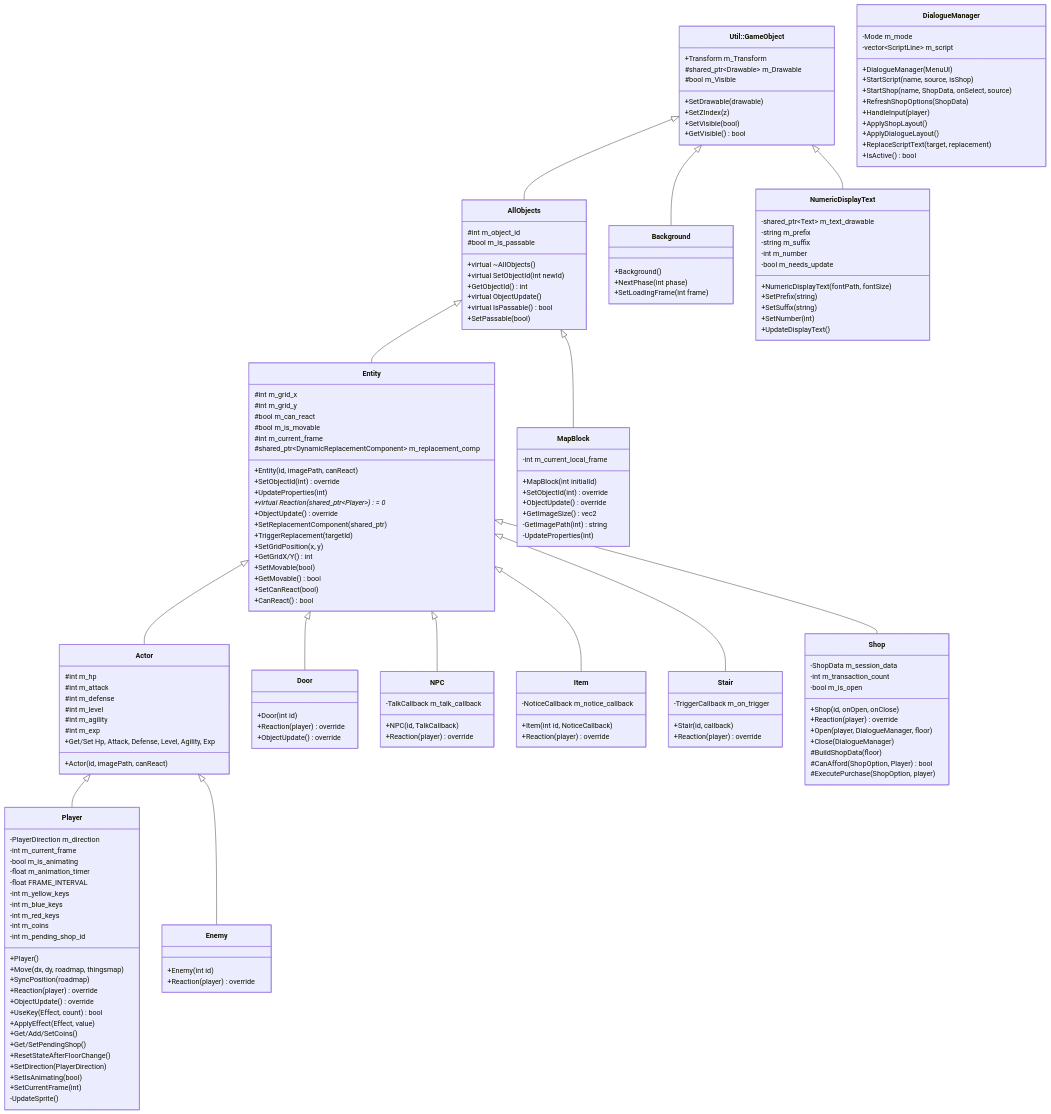
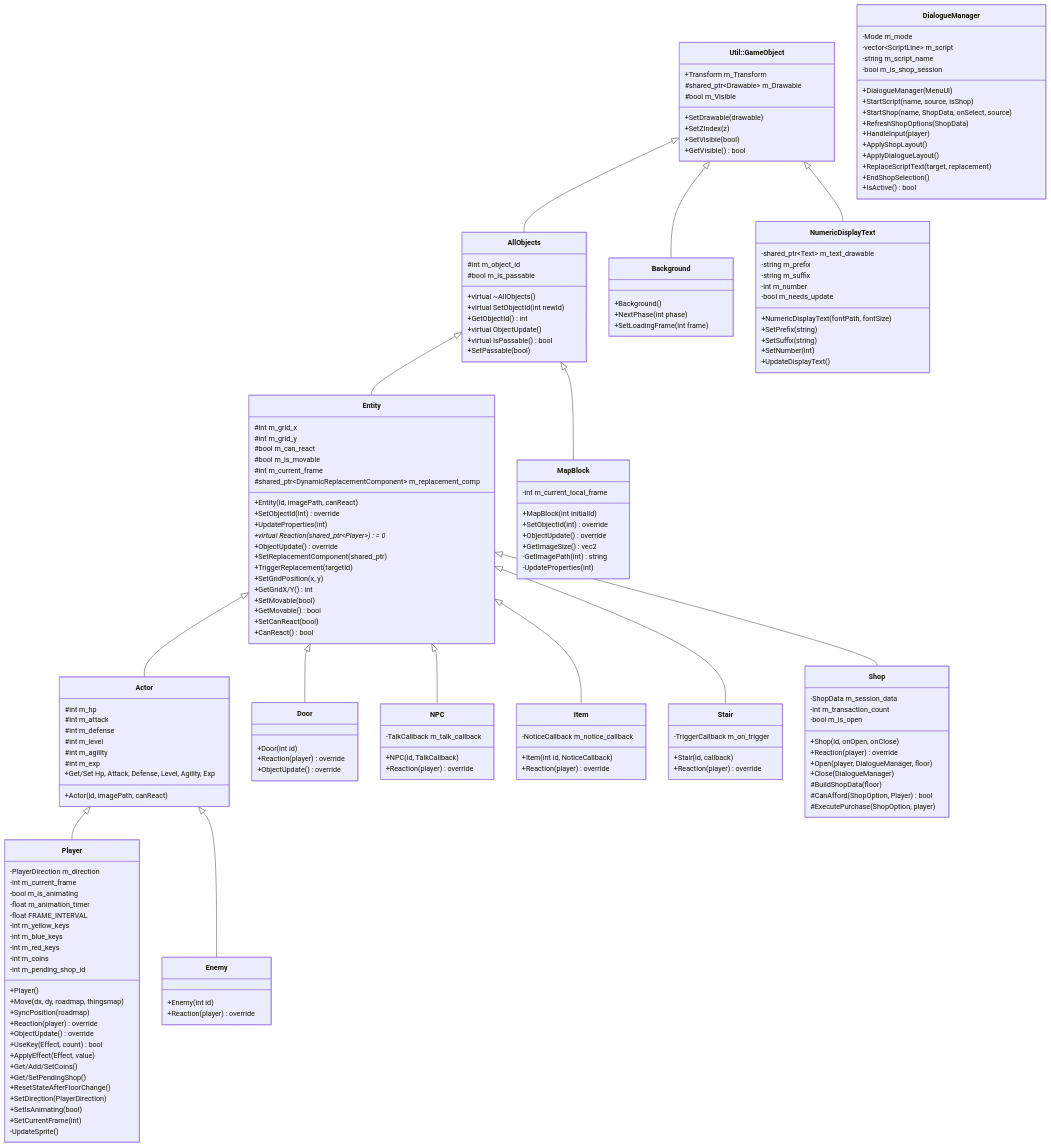
The first of 4 diagrams in Constructure.md (XWJWPIY/schoolwork_recreate_magic_tower), drawn with Mermaid before and after one commit. The commit also changed other lines of this file and 2 other files, not shown here.

```diff
--- a/Constructure.md
+++ b/Constructure.md
@@ -30,6 +30,8 @@
     class DialogueManager {
         -Mode m_mode
         -vector~ScriptLine~ m_script
+        -string m_script_name
+        -bool m_is_shop_session
         +DialogueManager(MenuUI)
         +StartScript(name, source, isShop)
         +StartShop(name, ShopData, onSelect, source)
@@ -38,6 +40,7 @@
         +ApplyShopLayout()
         +ApplyDialogueLayout()
         +ReplaceScriptText(target, replacement)
+        +EndShopSelection()
         +IsActive() bool
     }
 
```
